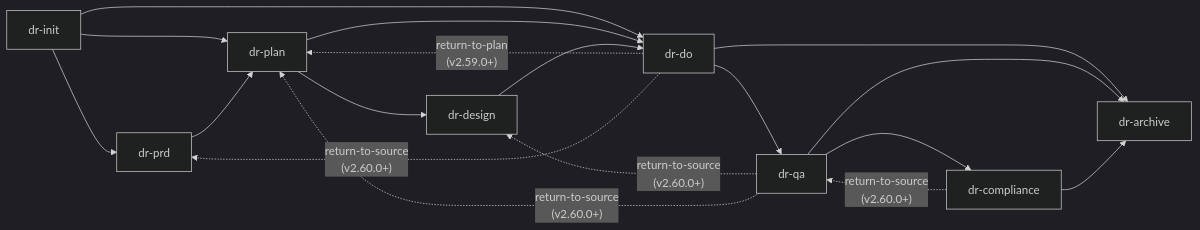
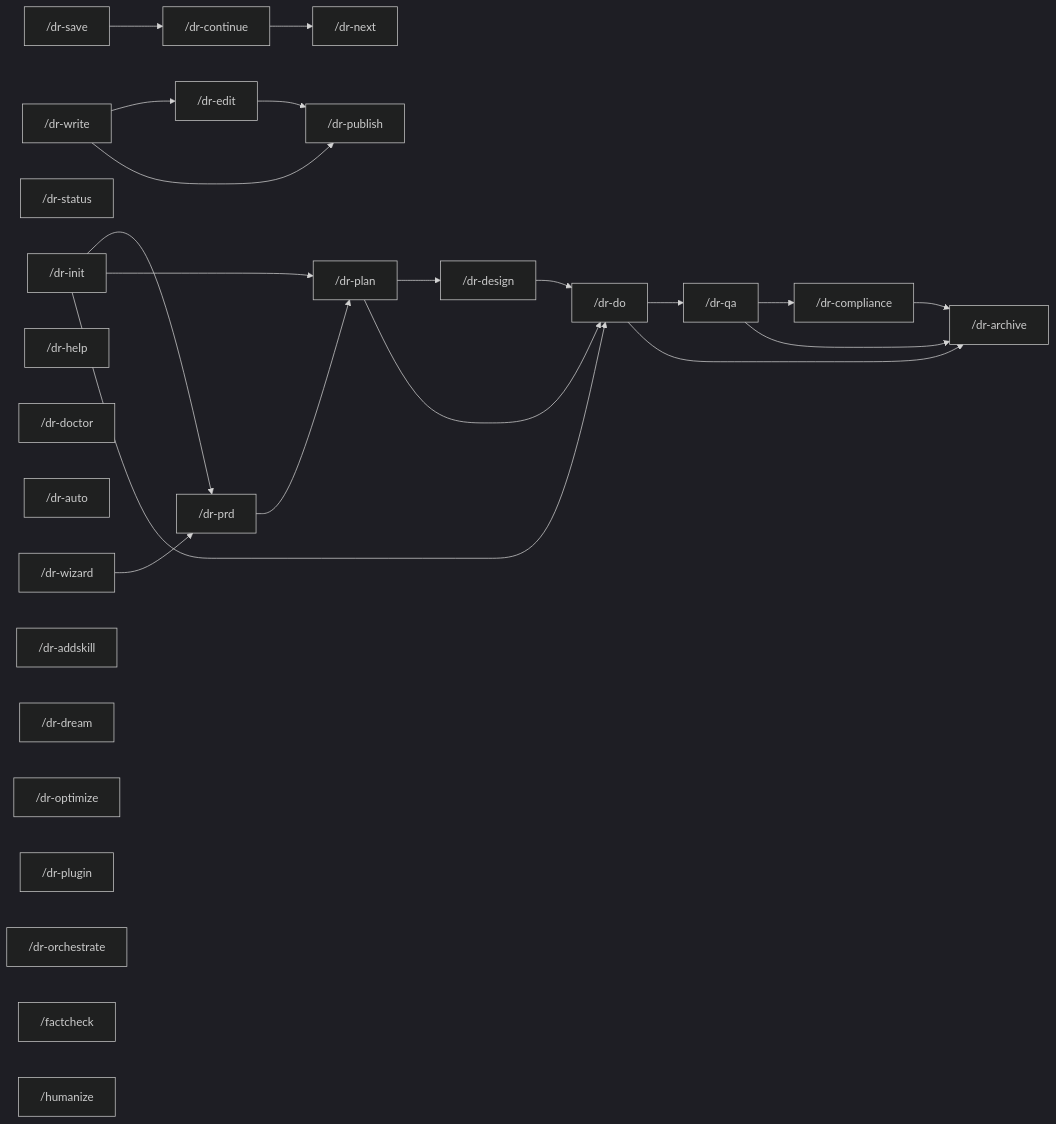
The diagram in skills/visual-maps/command-dependencies.md (Arcanada-one/datarim), drawn with Mermaid (dark theme) before and after one commit. The commit also changed other lines of this file and 399 other files, not shown here.

````diff
--- a/skills/visual-maps/command-dependencies.md
+++ b/skills/visual-maps/command-dependencies.md
@@ -10,20 +7,32 @@
 ```mermaid
 graph LR
-    dr-init --> dr-prd
-    dr-init --> dr-plan
-    dr-init --> dr-do
-    dr-prd --> dr-plan
-    dr-plan --> dr-design
-    dr-plan --> dr-do
-    dr-design --> dr-do
-    dr-do --> dr-qa
-    dr-do --> dr-archive
-    dr-qa --> dr-compliance
-    dr-qa --> dr-archive
-    dr-compliance --> dr-archive
-    dr-do -.->|"return-to-plan<br>(v2.59.0+)"| dr-plan
-    dr-do -.->|"return-to-source<br>(v2.60.0+)"| dr-prd
-    dr-qa -.->|"return-to-source<br>(v2.60.0+)"| dr-design
-    dr-qa -.->|"return-to-source<br>(v2.60.0+)"| dr-plan
-    dr-compliance -.->|"return-to-source<br>(v2.60.0+)"| dr-qa
+    dr-init["/dr-init"] --> dr-prd["/dr-prd"]
+    dr-init["/dr-init"] --> dr-plan["/dr-plan"]
+    dr-init["/dr-init"] --> dr-do["/dr-do"]
+    dr-prd["/dr-prd"] --> dr-plan["/dr-plan"]
+    dr-wizard["/dr-wizard"] --> dr-prd["/dr-prd"]
+    dr-plan["/dr-plan"] --> dr-design["/dr-design"]
+    dr-plan["/dr-plan"] --> dr-do["/dr-do"]
+    dr-design["/dr-design"] --> dr-do["/dr-do"]
+    dr-do["/dr-do"] --> dr-qa["/dr-qa"]
+    dr-do["/dr-do"] --> dr-archive["/dr-archive"]
+    dr-qa["/dr-qa"] --> dr-compliance["/dr-compliance"]
+    dr-qa["/dr-qa"] --> dr-archive["/dr-archive"]
+    dr-compliance["/dr-compliance"] --> dr-archive["/dr-archive"]
+    dr-status["/dr-status"]
+    dr-save["/dr-save"] --> dr-continue["/dr-continue"]
+    dr-continue["/dr-continue"] --> dr-next["/dr-next"]
+    dr-help["/dr-help"]
+    dr-doctor["/dr-doctor"]
+    dr-auto["/dr-auto"]
+    dr-write["/dr-write"] --> dr-edit["/dr-edit"]
+    dr-write["/dr-write"] --> dr-publish["/dr-publish"]
+    dr-edit["/dr-edit"] --> dr-publish["/dr-publish"]
+    dr-addskill["/dr-addskill"]
+    dr-dream["/dr-dream"]
+    dr-optimize["/dr-optimize"]
+    dr-plugin["/dr-plugin"]
+    dr-orchestrate["/dr-orchestrate"]
+    factcheck["/factcheck"]
+    humanize["/humanize"]
 ```
````
